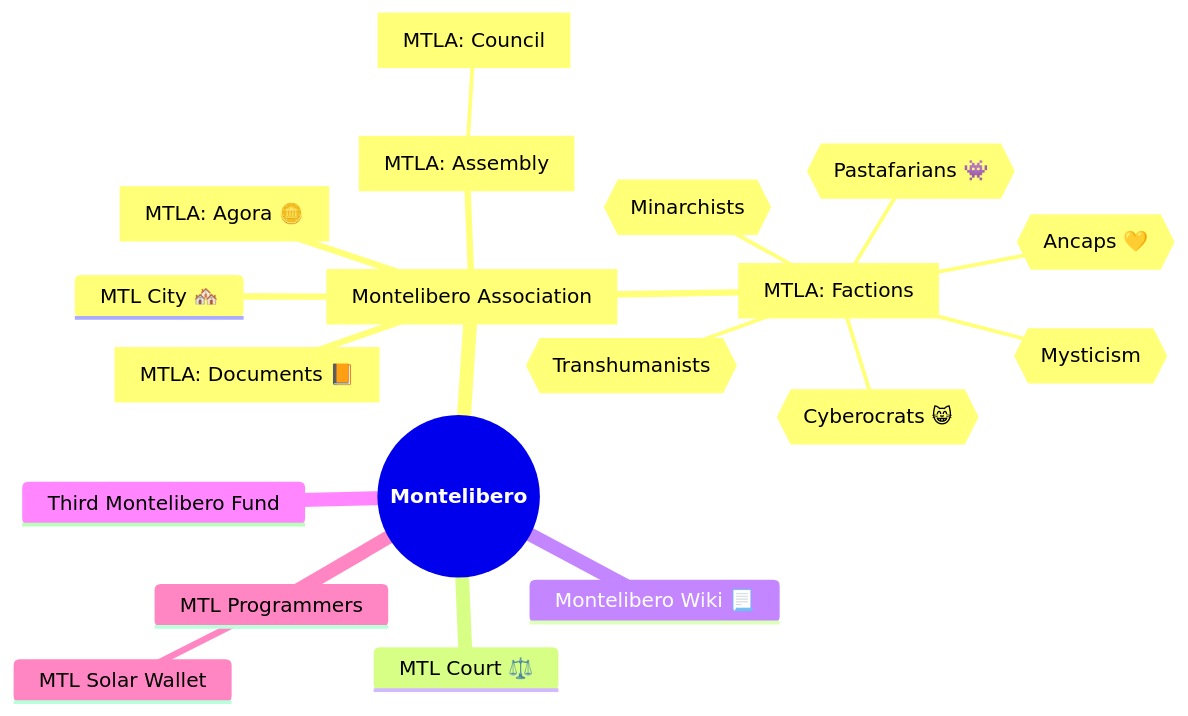
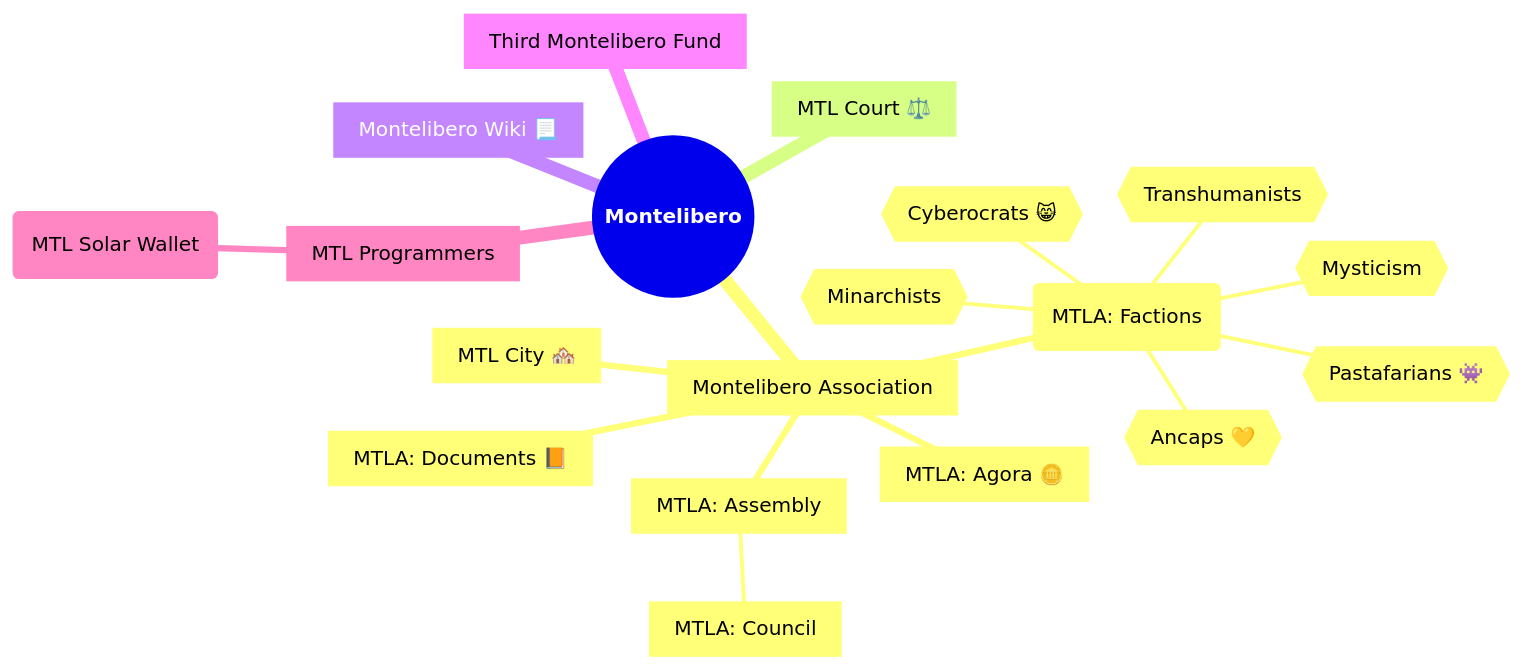
One commit to sondreb/playground changed the diagram in Montelibero.md. Above: the diagram before and after it, drawn with Mermaid.

````diff
--- a/Montelibero.md
+++ b/Montelibero.md
@@ -10,22 +10,22 @@
 ```mermaid
 mindmap
   root(("`**Montelibero**`"))
     id[Montelibero Association]
-        MTL City 🏘️
+        id[MTL City 🏘️]
         id[MTLA: Assembly]
             id[MTLA: Council]
         id[MTLA: Agora 🪙]
         id[MTLA: Documents 📙]
-        id[MTLA: Factions]
+        id(MTLA: Factions)
             id{{Ancaps 💛}}
             id{{Minarchists}}
             id{{Cyberocrats 😸}}
             id{{Pastafarians 👾}}
             id{{Mysticism}}
             id{{Transhumanists}}
-    MTL Court ⚖️
-    Montelibero Wiki 📃
-    Third Montelibero Fund
-    MTL Programmers
-        MTL Solar Wallet
+    id[MTL Court ⚖️]
+    id[Montelibero Wiki 📃]
+    id[Third Montelibero Fund]
+    id[MTL Programmers]
+        id(MTL Solar Wallet)
 ```
````
